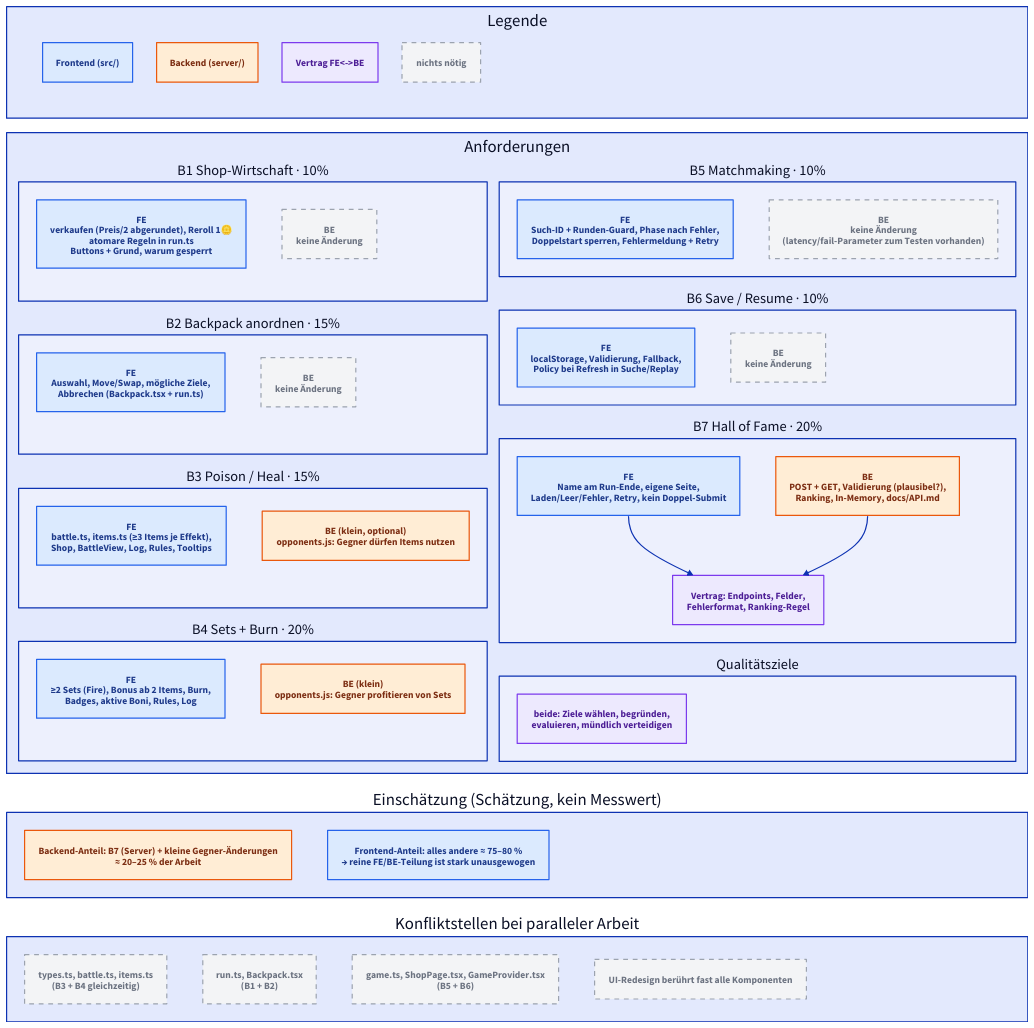
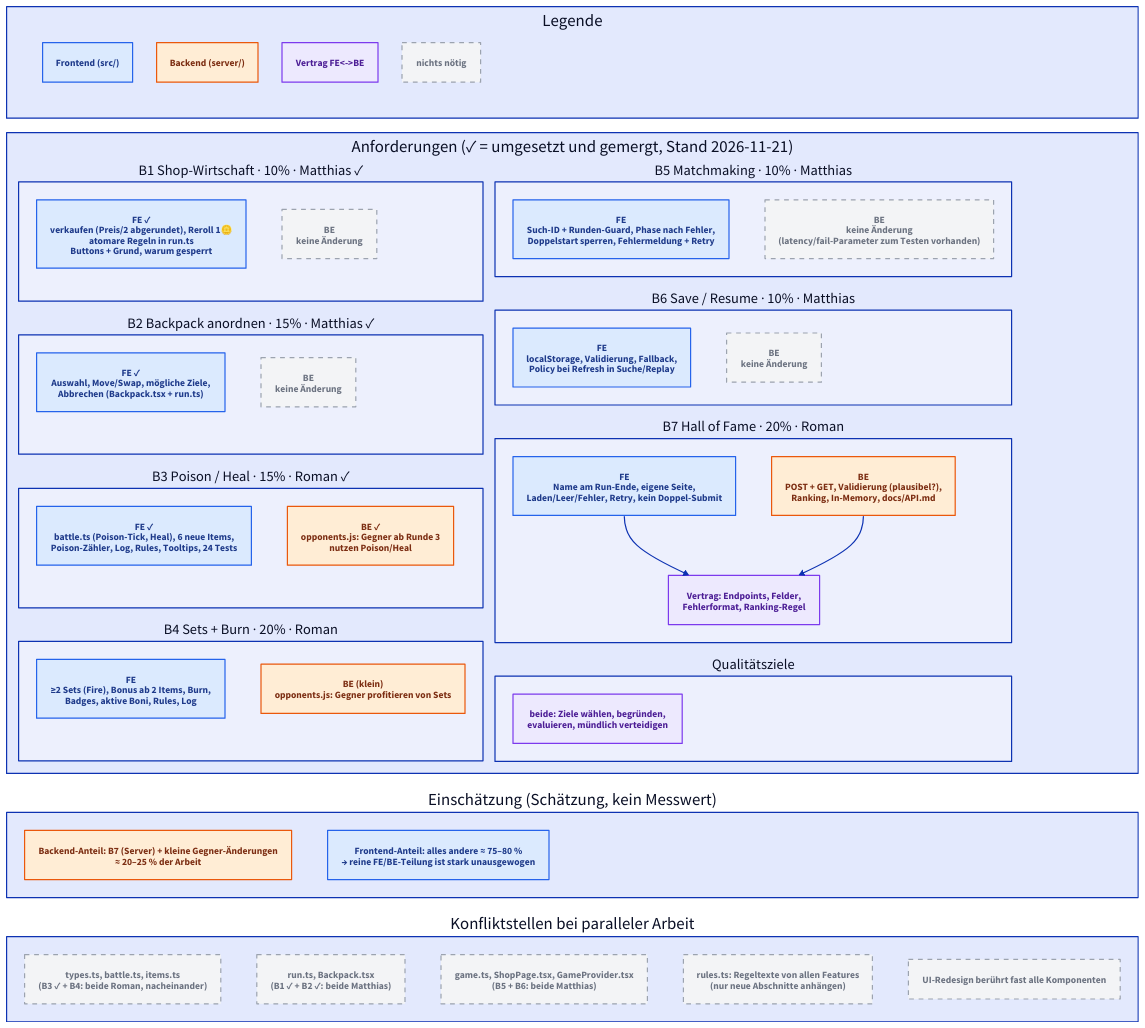
Before and after one commit to Roman0-5/backpack-brawl-MaRo: the diagram in docs/diagrams/split.d2, drawn with D2. The commit also changed 3 other files, not shown here.

Commit message:
docs: Diagramme auf Stand nach B3 aktualisiert

```diff
--- a/docs/diagrams/split.d2
+++ b/docs/diagrams/split.d2
@@ -1,69 +1,70 @@
 grid-columns: 1
 grid-gap: 24
 
 classes: {
   fe: { style: { fill: "#dbeafe"; stroke: "#2563eb"; font-color: "#1e3a8a" } }
   be: { style: { fill: "#ffedd5"; stroke: "#ea580c"; font-color: "#7c2d12" } }
   none: { style: { fill: "#f3f4f6"; stroke: "#9ca3af"; font-color: "#6b7280"; stroke-dash: 4 } }
   shared: { style: { fill: "#ede9fe"; stroke: "#7c3aed"; font-color: "#4c1d95" } }
 }
 
 legend: Legende {
   grid-columns: 4
   f: Frontend (src/) { class: fe }
   b: Backend (server/) { class: be }
   s: Vertrag FE<->BE { class: shared }
   n: nichts nötig { class: none }
 }
 
-reqs: Anforderungen {
+reqs: "Anforderungen (✓ = umgesetzt und gemergt, Stand 2026-11-21)" {
   grid-columns: 2
   grid-gap: 20
 
-  b1: "B1 Shop-Wirtschaft · 10%" {
-    fe: "FE\nverkaufen (Preis/2 abgerundet), Reroll 1🪙\natomare Regeln in run.ts\nButtons + Grund, warum gesperrt" { class: fe }
+  b1: "B1 Shop-Wirtschaft · 10% · Matthias ✓" {
+    fe: "FE ✓\nverkaufen (Preis/2 abgerundet), Reroll 1🪙\natomare Regeln in run.ts\nButtons + Grund, warum gesperrt" { class: fe }
     be: "BE\nkeine Änderung" { class: none }
   }
-  b2: "B2 Backpack anordnen · 15%" {
-    fe: "FE\nAuswahl, Move/Swap, mögliche Ziele,\nAbbrechen (Backpack.tsx + run.ts)" { class: fe }
+  b2: "B2 Backpack anordnen · 15% · Matthias ✓" {
+    fe: "FE ✓\nAuswahl, Move/Swap, mögliche Ziele,\nAbbrechen (Backpack.tsx + run.ts)" { class: fe }
     be: "BE\nkeine Änderung" { class: none }
   }
-  b3: "B3 Poison / Heal · 15%" {
-    fe: "FE\nbattle.ts, items.ts (≥3 Items je Effekt),\nShop, BattleView, Log, Rules, Tooltips" { class: fe }
-    be: "BE (klein, optional)\nopponents.js: Gegner dürfen Items nutzen" { class: be }
+  b3: "B3 Poison / Heal · 15% · Roman ✓" {
+    fe: "FE ✓\nbattle.ts (Poison-Tick, Heal), 6 neue Items,\nPoison-Zähler, Log, Rules, Tooltips, 24 Tests" { class: fe }
+    be: "BE ✓\nopponents.js: Gegner ab Runde 3\nnutzen Poison/Heal" { class: be }
   }
-  b4: "B4 Sets + Burn · 20%" {
+  b4: "B4 Sets + Burn · 20% · Roman" {
     fe: "FE\n≥2 Sets (Fire), Bonus ab 2 Items, Burn,\nBadges, aktive Boni, Rules, Log" { class: fe }
     be: "BE (klein)\nopponents.js: Gegner profitieren von Sets" { class: be }
   }
-  b5: "B5 Matchmaking · 10%" {
+  b5: "B5 Matchmaking · 10% · Matthias" {
     fe: "FE\nSuch-ID + Runden-Guard, Phase nach Fehler,\nDoppelstart sperren, Fehlermeldung + Retry" { class: fe }
     be: "BE\nkeine Änderung\n(latency/fail-Parameter zum Testen vorhanden)" { class: none }
   }
-  b6: "B6 Save / Resume · 10%" {
+  b6: "B6 Save / Resume · 10% · Matthias" {
     fe: "FE\nlocalStorage, Validierung, Fallback,\nPolicy bei Refresh in Suche/Replay" { class: fe }
     be: "BE\nkeine Änderung" { class: none }
   }
-  b7: "B7 Hall of Fame · 20%" {
+  b7: "B7 Hall of Fame · 20% · Roman" {
     fe: "FE\nName am Run-Ende, eigene Seite,\nLaden/Leer/Fehler, Retry, kein Doppel-Submit" { class: fe }
     be: "BE\nPOST + GET, Validierung (plausibel?),\nRanking, In-Memory, docs/API.md" { class: be }
     api: "Vertrag: Endpoints, Felder,\nFehlerformat, Ranking-Regel" { class: shared }
     fe -> api
     be -> api
   }
   nf: "Qualitätsziele" {
     both: "beide: Ziele wählen, begründen,\nevaluieren, mündlich verteidigen" { class: shared }
   }
 }
 
 summary: "Einschätzung (Schätzung, kein Messwert)" {
   a: "Backend-Anteil: B7 (Server) + kleine Gegner-Änderungen\n≈ 20–25 % der Arbeit" { class: be }
   b: "Frontend-Anteil: alles andere ≈ 75–80 %\n→ reine FE/BE-Teilung ist stark unausgewogen" { class: fe }
 }
 
 hot: "Konfliktstellen bei paralleler Arbeit" {
-  a: "types.ts, battle.ts, items.ts\n(B3 + B4 gleichzeitig)" { class: none }
-  b: "run.ts, Backpack.tsx\n(B1 + B2)" { class: none }
-  c: "game.ts, ShopPage.tsx, GameProvider.tsx\n(B5 + B6)" { class: none }
+  a: "types.ts, battle.ts, items.ts\n(B3 ✓ + B4: beide Roman, nacheinander)" { class: none }
+  b: "run.ts, Backpack.tsx\n(B1 ✓ + B2 ✓: beide Matthias)" { class: none }
+  c: "game.ts, ShopPage.tsx, GameProvider.tsx\n(B5 + B6: beide Matthias)" { class: none }
+  e: "rules.ts: Regeltexte von allen Features\n(nur neue Abschnitte anhängen)" { class: none }
   d: "UI-Redesign berührt fast alle Komponenten" { class: none }
 }
```
